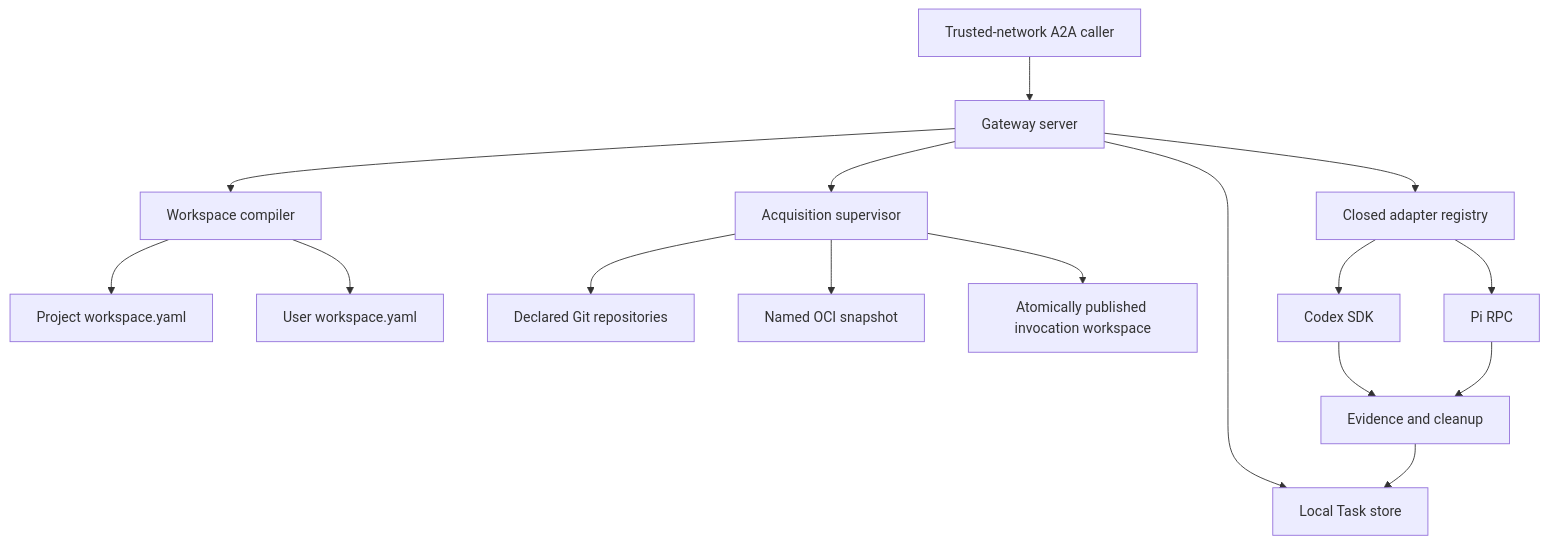
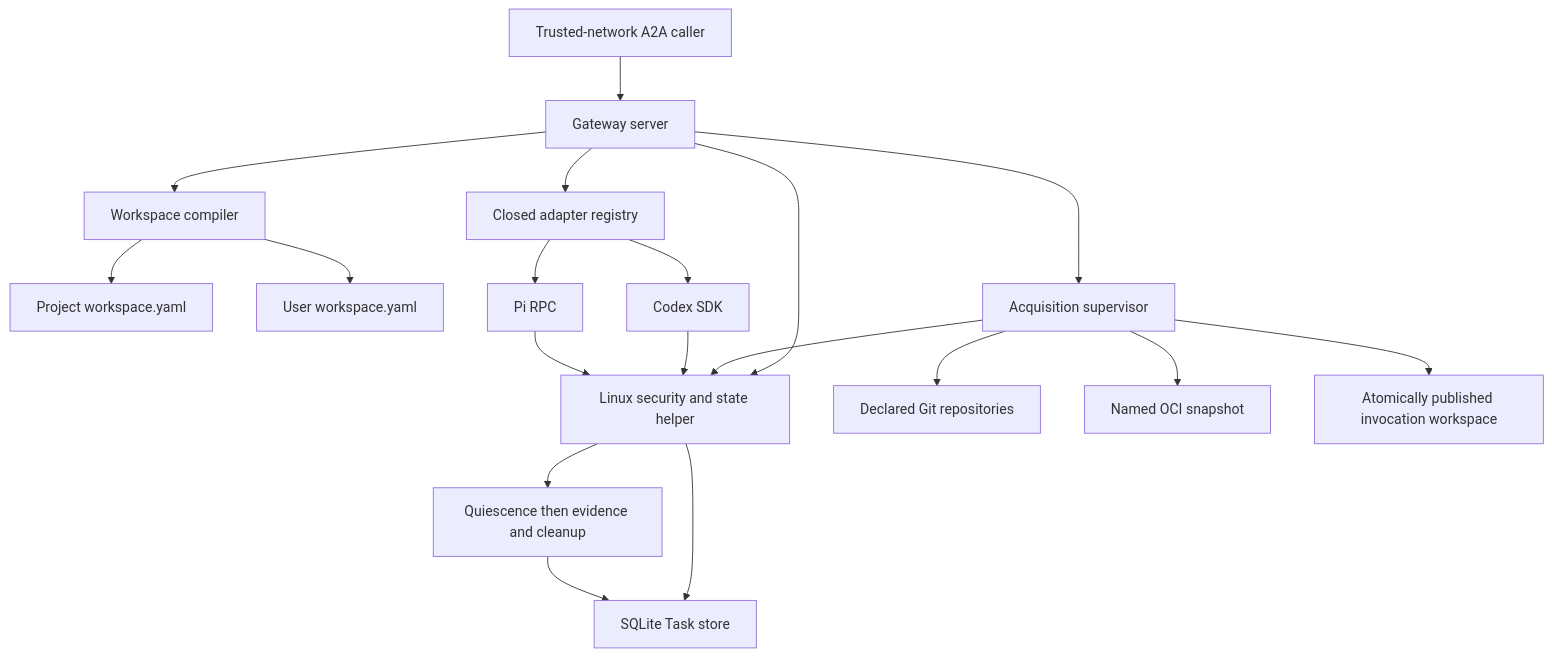
One commit to EntityProcess/allagents changed the diagram in docs/plans/2026-09-18-0837-feat-coding-execution-gateway-plan.md. Above: the diagram before and after it, drawn with Mermaid. The commit also changed other lines of this file and 1 other file, not shown here.

Commit message:
docs(architecture): align execution gateway contracts

````diff
--- a/docs/plans/2026-09-18-0837-feat-coding-execution-gateway-plan.md
+++ b/docs/plans/2026-09-18-0837-feat-coding-execution-gateway-plan.md
@@ -690,18 +918,21 @@
 ```mermaid
 flowchart TB
   C[Trusted-network A2A caller] --> G[Gateway server]
-  G --> S[Local Task store]
+  G --> H[Linux security and state helper]
+  H --> S[SQLite Task store]
   G --> W[Workspace compiler]
   W --> PW[Project workspace.yaml]
   W --> UW[User workspace.yaml]
   G --> A[Acquisition supervisor]
   A --> Git[Declared Git repositories]
   A --> OCI[Named OCI snapshot]
+  A --> H
   A --> P[Atomically published invocation workspace]
   G --> R[Closed adapter registry]
   R --> Codex[Codex SDK]
   R --> Pi[Pi RPC]
-  Codex --> E[Evidence and cleanup]
-  Pi --> E
+  Codex --> H
+  Pi --> H
+  H --> E[Quiescence then evidence and cleanup]
   E --> S
 ```
````
